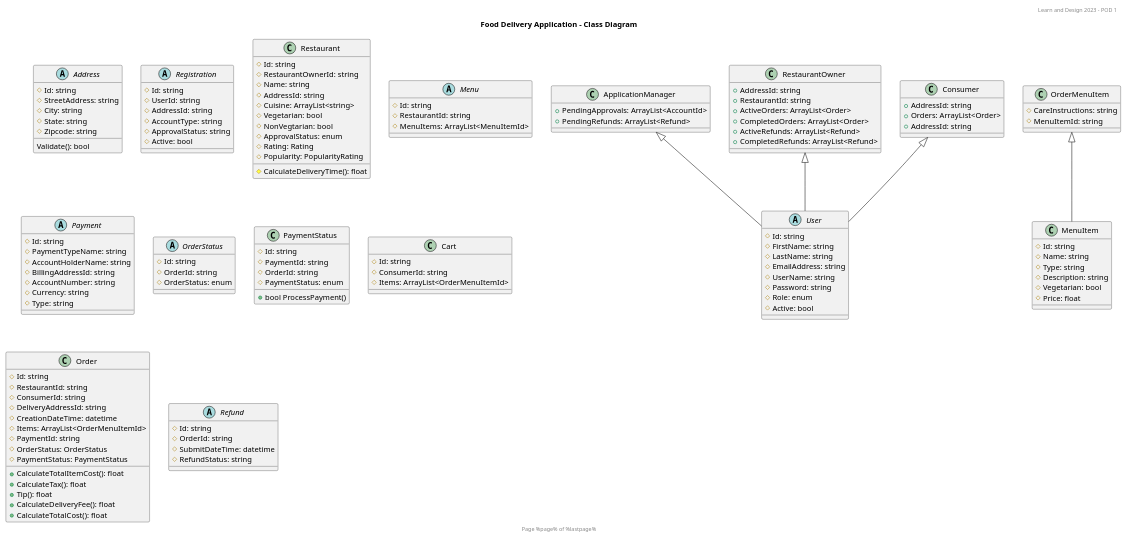
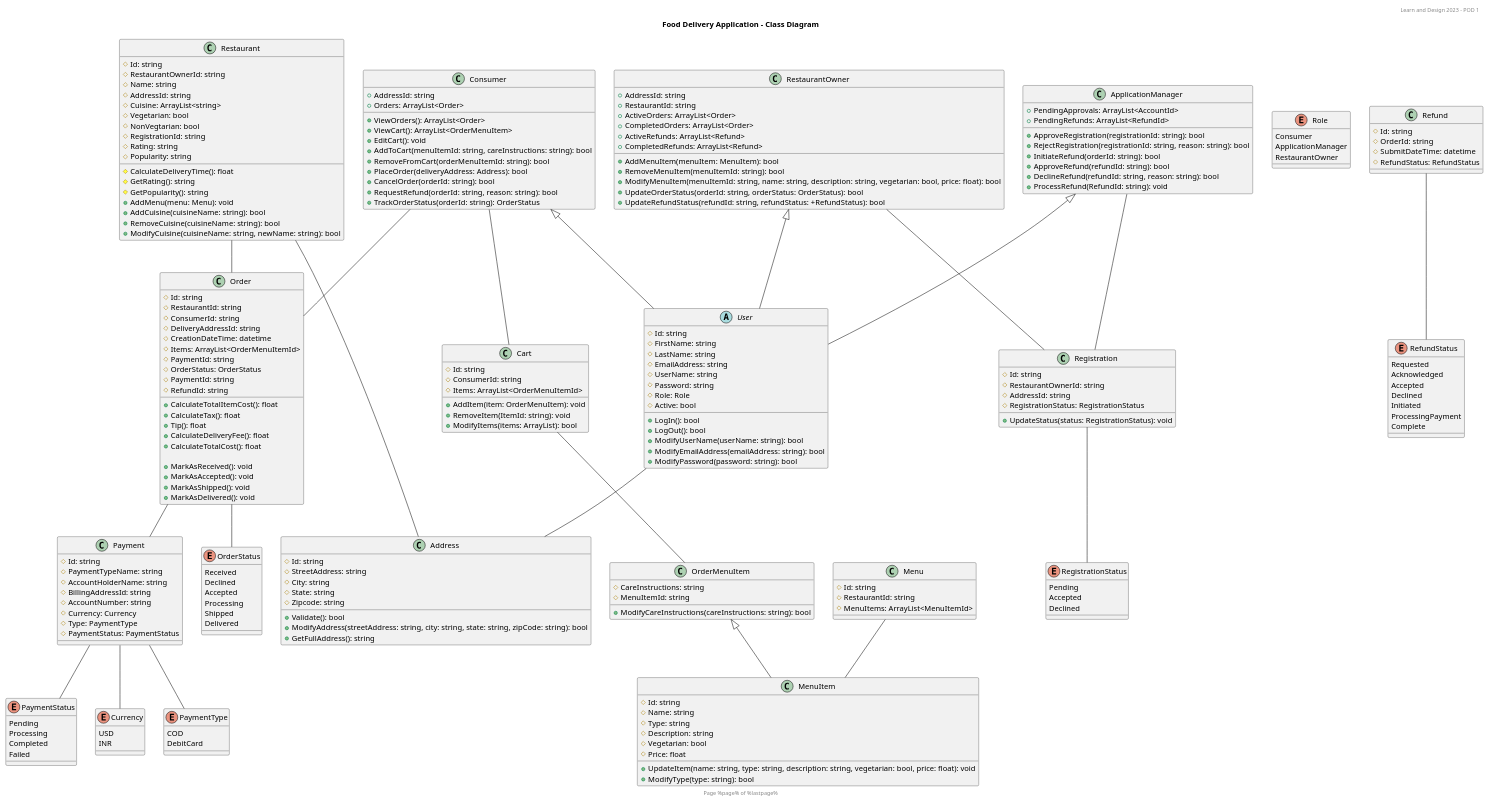
Before and after one commit to WestonDockstader/FoodDeliveryApp: the diagram in MilesFiles/restaurant_class_diagram.puml, drawn with PlantUML.

Commit message:
filled out class diagram

```diff
--- a/MilesFiles/restaurant_class_diagram.puml
+++ b/MilesFiles/restaurant_class_diagram.puml
@@ -4,6 +4,9 @@
 
 title: Food Delivery Application - Class Diagram
 
+' Public (+): Accessible by all classes.
+' Private (-): Accessible only within the current class.
+' Protected (#): Accessible within the current class and its subclass.
 
 abstract class User {
     #Id: string
@@ -12,27 +15,84 @@
     #EmailAddress: string
     #UserName: string
     #Password: string
-    #Role: enum
+    #Role: Role
     #Active: bool
+    +LogIn(): bool
+    +LogOut(): bool
+    +ModifyUserName(userName: string): bool
+    +ModifyEmailAddress(emailAddress: string): bool
+    +ModifyPassword(password: string): bool
 }
 
-abstract class Address {
+enum Role {
+    Consumer
+    ApplicationManager
+    RestaurantOwner
+}
+
+class Address {
     #Id: string
     #StreetAddress: string
     #City: string
     #State: string
     #Zipcode: string
-    Validate(): bool
+    +Validate(): bool
+    +ModifyAddress(streetAddress: string, city: string, state: string, zipCode: string): bool
+    +GetFullAddress(): string
 }
 
-abstract class Registration {
+class ApplicationManager {
+    +PendingApprovals: ArrayList<AccountId>
+    +PendingRefunds: ArrayList<RefundId>
+    +ApproveRegistration(registrationId: string): bool
+    +RejectRegistration(registrationId: string, reason: string): bool
+    +InitiateRefund(orderId: string): bool
+    +ApproveRefund(refundId: string): bool
+    +DeclineRefund(refundId: string, reason: string): bool
+    +ProcessRefund(RefundId: string): void
+}
+
+class RestaurantOwner {
+    +AddressId: string
+    +RestaurantId: string
+    +ActiveOrders: ArrayList<Order>
+    +CompletedOrders: ArrayList<Order>
+    +ActiveRefunds: ArrayList<Refund>
+    +CompletedRefunds: ArrayList<Refund>
+    +AddMenuItem(menuItem: MenuItem): bool
+    +RemoveMenuItem(menuItemId: string): bool
+    +ModifyMenuItem(menuItemId: string, name: string, description: string, vegetarian: bool, price: float): bool
+    +UpdateOrderStatus(orderId: string, orderStatus: OrderStatus): bool
+    +UpdateRefundStatus(refundId: string, refundStatus: +RefundStatus): bool
+}
+
+class Consumer {
+    +AddressId: string
+    +Orders: ArrayList<Order>
+    +ViewOrders(): ArrayList<Order>
+    +ViewCart(): ArrayList<OrderMenuItem>
+    +EditCart(): void
+    +AddToCart(menuItemId: string, careInstructions: string): bool
+    +RemoveFromCart(orderMenuItemId: string): bool
+    +PlaceOrder(deliveryAddress: Address): bool
+    +CancelOrder(orderId: string): bool
+    +RequestRefund(orderId: string, reason: string): bool
+    +TrackOrderStatus(orderId: string): OrderStatus
+}
+
+class Registration {
     #Id: string
-    #UserId: string
+    #RestaurantOwnerId: string
     #AddressId: string
-    #AccountType: string
-    #ApprovalStatus: string
-    #Active: bool
+    #RegistrationStatus: RegistrationStatus
+    +UpdateStatus(status: RegistrationStatus): void
 } 
+
+enum RegistrationStatus {
+    Pending
+    Accepted
+    Declined
+}
 
 class Restaurant {
     #Id: string
@@ -42,10 +102,16 @@
     #Cuisine: ArrayList<string>
     #Vegetarian: bool
     #NonVegtarian: bool
-    #ApprovalStatus: enum
-    #Rating: Rating
-    #Popularity: PopularityRating
+    #RegistrationId: string
+    #Rating: string
+    #Popularity: string
     #CalculateDeliveryTime(): float
+    #GetRating(): string
+    #GetPopularity(): string
+    +AddMenu(menu: Menu): void
+    +AddCuisine(cuisineName: string): bool
+    +RemoveCuisine(cuisineName: string): bool
+    +ModifyCuisine(cuisineName: string, newName: string): bool
 }
 
 class MenuItem {
@@ -55,47 +121,57 @@
     #Description: string
     #Vegetarian: bool
     #Price: float
+    +UpdateItem(name: string, type: string, description: string, vegetarian: bool, price: float): void
+    +ModifyType(type: string): bool
 }
 
 class OrderMenuItem {
     #CareInstructions: string
     #MenuItemId: string
+    +ModifyCareInstructions(careInstructions: string): bool
 }
 
-abstract class Menu {
+class Menu {
     #Id: string
     #RestaurantId: string
     #MenuItems: ArrayList<MenuItemId>
 }
 
-abstract class Payment {
+class Payment {
     #Id: string
     #PaymentTypeName: string
     #AccountHolderName: string
     #BillingAddressId: string
     #AccountNumber: string
-    #Currency: string
-    #Type: string
+    #Currency: Currency
+    #Type: PaymentType
+    #PaymentStatus: PaymentStatus
 }
 
-abstract class OrderStatus {
-    #Id: string
-    #OrderId: string
-    #OrderStatus: enum
+enum Currency {
+    USD
+    INR
 }
 
-class PaymentStatus {
-    #Id: string
-    #PaymentId: string
-    #OrderId: string
-    #PaymentStatus: enum
-    + bool ProcessPayment()
+enum PaymentType {
+    COD
+    DebitCard
+}
+
+enum PaymentStatus {
+    Pending
+    Processing
+    Completed
+    Failed
 }
 
 class Cart {
     #Id: string
     #ConsumerId: string
     #Items: ArrayList<OrderMenuItemId>
+    +AddItem(item: OrderMenuItem): void
+    +RemoveItem(ItemId: string): void
+    +ModifyItems(items: ArrayList): bool
 }
 
 class Order {
@@ -106,45 +182,67 @@
     #CreationDateTime: datetime
     #Items: ArrayList<OrderMenuItemId>
     #PaymentId: string
+    #OrderStatus: OrderStatus
+    #PaymentId: string
+    #RefundId: string
+
     +CalculateTotalItemCost(): float
     +CalculateTax(): float
     +Tip(): float
     +CalculateDeliveryFee(): float
     +CalculateTotalCost(): float
-    #OrderStatus: OrderStatus
-    #PaymentStatus: PaymentStatus
+
+    +MarkAsReceived(): void
+    +MarkAsAccepted(): void
+    +MarkAsShipped(): void
+    +MarkAsDelivered(): void
 }
 
+enum OrderStatus {
+    Received
+    Declined
+    Accepted
+    Processing
+    Shipped
+    Delivered
+}
 
-abstract class Refund {
+class Refund {
     #Id: string
     #OrderId: string
     #SubmitDateTime: datetime
-    #RefundStatus: string
+    #RefundStatus: RefundStatus
 }
 
-class ApplicationManager {
-    +PendingApprovals: ArrayList<AccountId>
-    +PendingRefunds: ArrayList<Refund>
+enum RefundStatus {
+    Requested
+    Acknowledged
+    Accepted
+    Declined
+    Initiated
+    ProcessingPayment
+    Complete
 }
 
-class RestaurantOwner {
-    +AddressId: string
-    +RestaurantId: string
-    +ActiveOrders: ArrayList<Order>
-    +CompletedOrders: ArrayList<Order>
-    +ActiveRefunds: ArrayList<Refund>
-    +CompletedRefunds: ArrayList<Refund>
-}
+    OrderMenuItem <|-- MenuItem
+    ApplicationManager <|-- User
+    RestaurantOwner <|-- User
+    Consumer <|-- User
 
-class Consumer {
-    +AddressId: string
-    +Orders: ArrayList<Order>
-    +AddressId: string
-}
-
-OrderMenuItem <|-- MenuItem
-ApplicationManager <|-- User
-RestaurantOwner <|-- User
-Consumer <|-- User
+    Refund -- RefundStatus
+    Order -- OrderStatus
+    Payment -- PaymentStatus
+    Order -- Payment
+    Consumer -- Order
+    Restaurant -- Order
+    Menu -- MenuItem
+    Cart -- OrderMenuItem
+    Payment -- PaymentType
+    Payment -- Currency
+    RestaurantOwner -- Registration
+    Registration -- RegistrationStatus
+    ApplicationManager -- Registration
+    User -- Address
+    Restaurant -- Address
+    Consumer -- Cart
 @enduml
```
